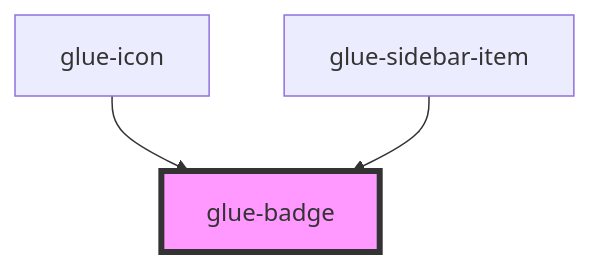
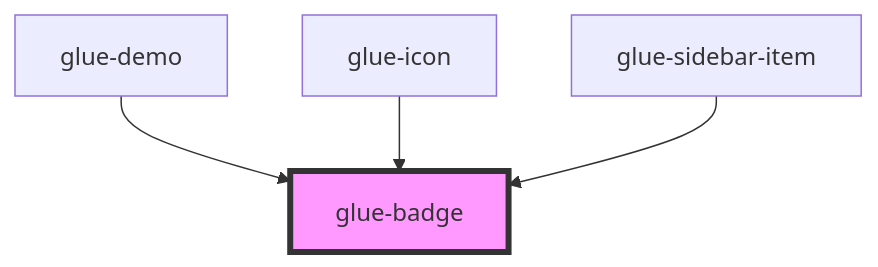
The diagram in packages/glue-components/src/components/glue-badge/readme.md (grasilife/glue), drawn with Mermaid before and after one commit. The commit also changed other lines of this file and 8 other files, not shown here.

````diff
--- a/packages/glue-components/src/components/glue-badge/readme.md
+++ b/packages/glue-components/src/components/glue-badge/readme.md
@@ -28,6 +29,7 @@
 ```mermaid
 graph TD;
+  glue-demo --> glue-badge
   glue-icon --> glue-badge
   glue-sidebar-item --> glue-badge
   style glue-badge fill:#f9f,stroke:#333,stroke-width:4px
 ```
````
